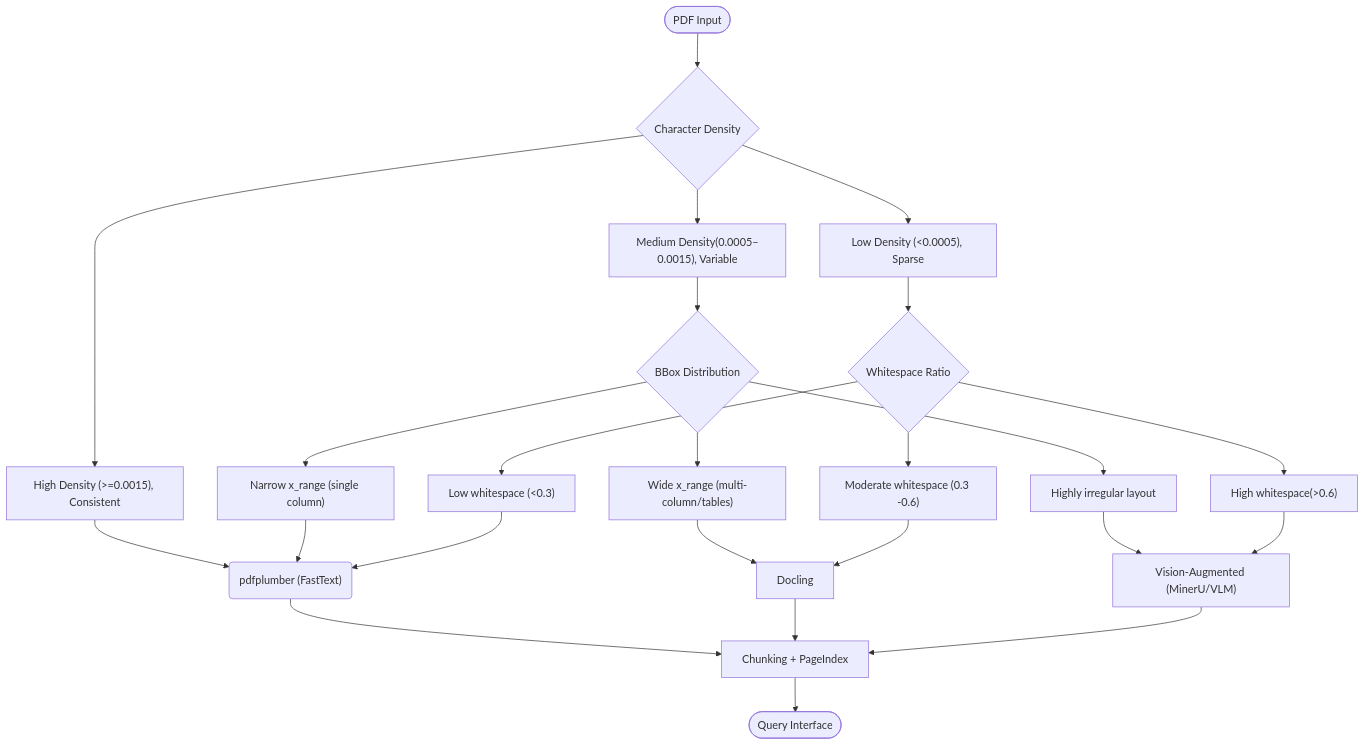
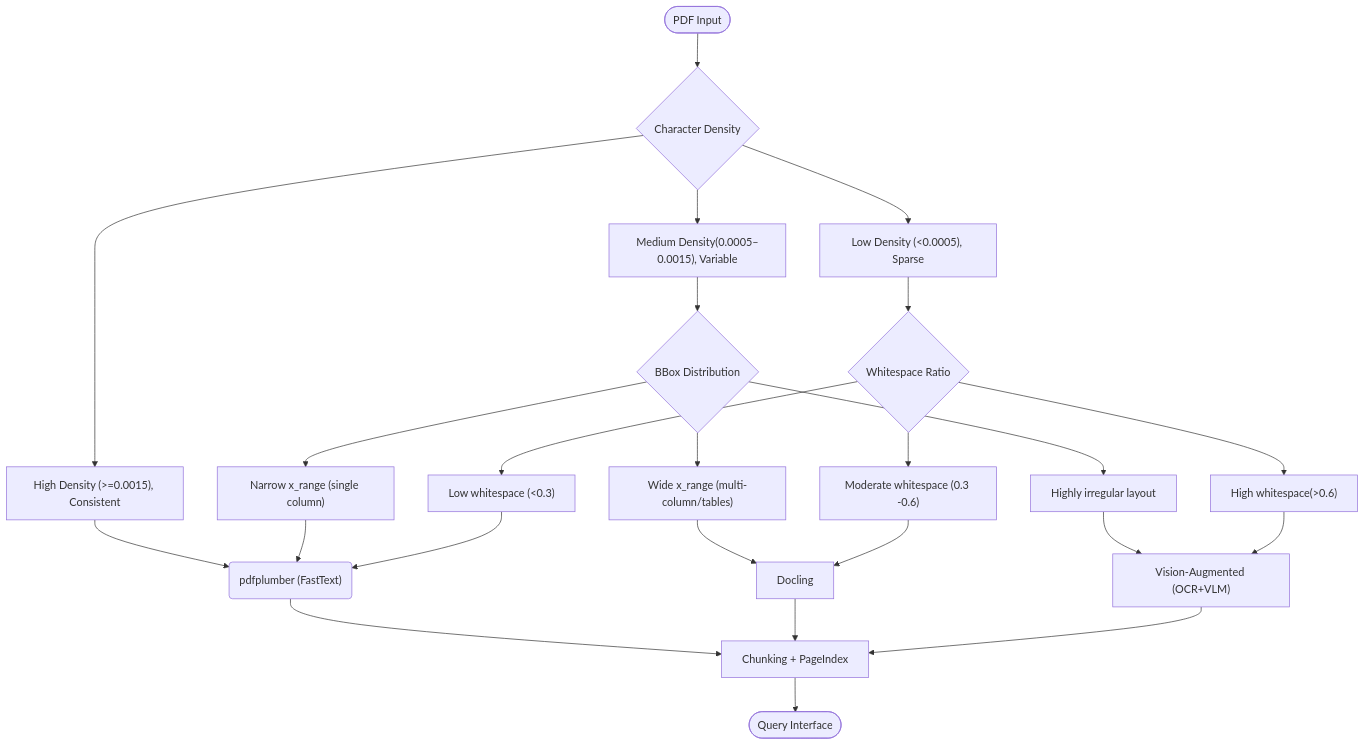
One commit to nuhaminae/Document-Intelligence-Refinery changed the diagram in README.md. Above: the diagram before and after it, drawn with Mermaid. The commit also changed other lines of this file, not shown here.

Commit message:
docs(readme): final read me update

````diff
--- a/README.md
+++ b/README.md
@@ -166,22 +166,22 @@
 ```mermaid
 flowchart TB
     A(["PDF Input"]) --> B{"Character Density"}
     B --> C["High Density (>=0.0015), Consistent"] & D["Medium Density(0.0005–0.0015), Variable"] & E["Low Density (&lt;0.0005), Sparse"]
     C --> F("pdfplumber (FastText)")
     D --> G{"BBox Distribution"}
     G --> H["Narrow x_range (single column)"] & I["Wide x_range (multi-column/tables)"] & K["Highly irregular layout"]
     H --> F
     I --> J["Docling"]
-    K --> L["Vision-Augmented (MinerU/VLM)"]
+    K --> L["Vision-Augmented (OCR+VLM)"]
     E --> M{"Whitespace Ratio"}
     M --> N["Low whitespace (<0.3)"]
     N --> F
     M --> O["Moderate whitespace (0.3 -0.6)"]
     O --> J
     M --> P["High whitespace(>0.6)"]
     P --> L
     F --> Q["Chunking + PageIndex"]
     J --> Q
     L --> Q
     Q --> R(["Query Interface"])
 ```
````
